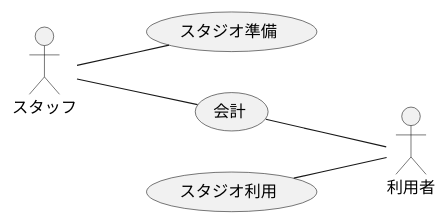
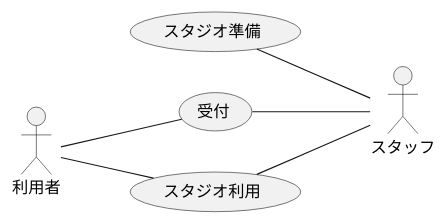
Before and after one commit to TakashiOnawa/ddd-practice-studio-reservation: the diagram in modeling/04_BusinessUsecase_スタジオ利用.pu, drawn with PlantUML. The commit also changed 33 other files, not shown here.

```diff
--- a/modeling/04_BusinessUsecase_スタジオ利用.pu
+++ b/modeling/04_BusinessUsecase_スタジオ利用.pu
@@ -1,13 +1,16 @@
 @startuml BusinessUsecase 
 
 left to right direction
 
 actor スタッフ
 actor 利用者
 
-スタッフ -- (スタジオ準備)
-(スタジオ利用) -- 利用者
-(会計) -- 利用者
-スタッフ -- (会計)
+(スタジオ準備) -- スタッフ
+
+利用者 -- (受付)
+(受付) -- スタッフ
+
+利用者 -- (スタジオ利用)
+(スタジオ利用) -- スタッフ
 
 @enduml
```
